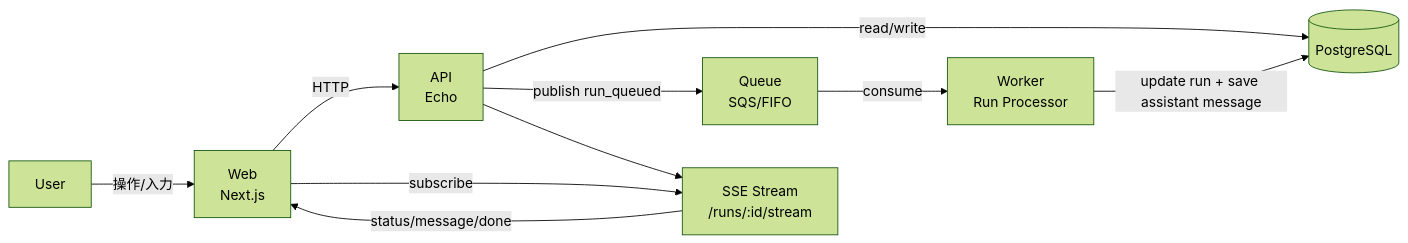
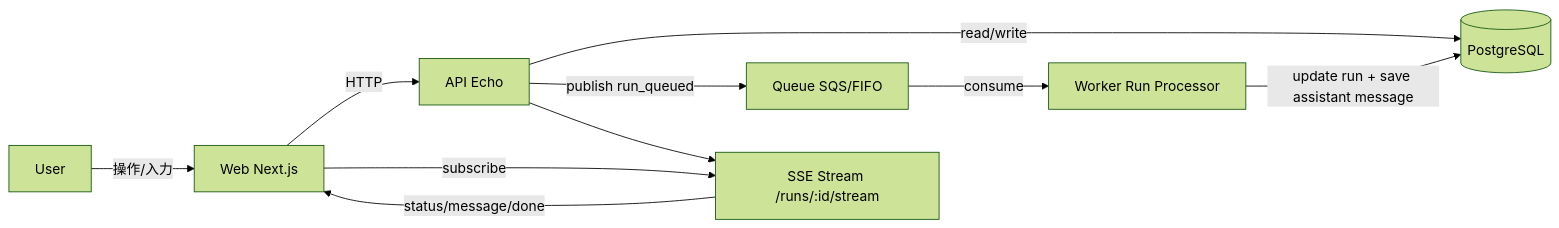
The diagram in README.md (k-kanke/ai-workspace-platform), drawn with Mermaid (forest theme) before and after one commit.

````diff
--- a/README.md
+++ b/README.md
@@ -17,20 +17,20 @@
 ```mermaid
 flowchart LR
     U[User]
-    W[Web\nNext.js]
-    A[API\nEcho]
-    Q[Queue\nSQS/FIFO]
-    K[Worker\nRun Processor]
+    W[Web Next.js]
+    A[API Echo]
+    Q[Queue SQS/FIFO]
+    K[Worker Run Processor]
     D[(PostgreSQL)]
-    S[SSE Stream\n/runs/:id/stream]
+    S[SSE Stream /runs/:id/stream]
 
     U -->|操作/入力| W
     W -->|HTTP| A
     A -->|read/write| D
     A -->|publish run_queued| Q
     Q -->|consume| K
     K -->|update run + save assistant message| D
     W -->|subscribe| S
     S -->|status/message/done| W
     A --> S
 ```
````
